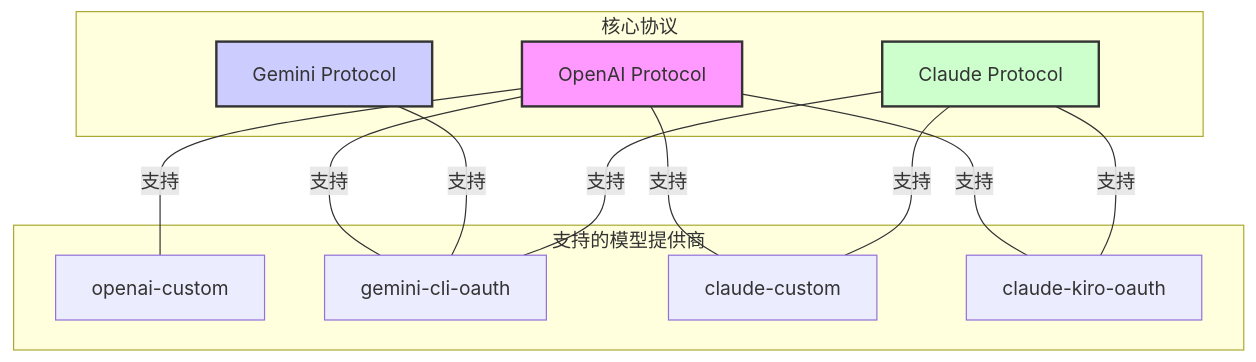
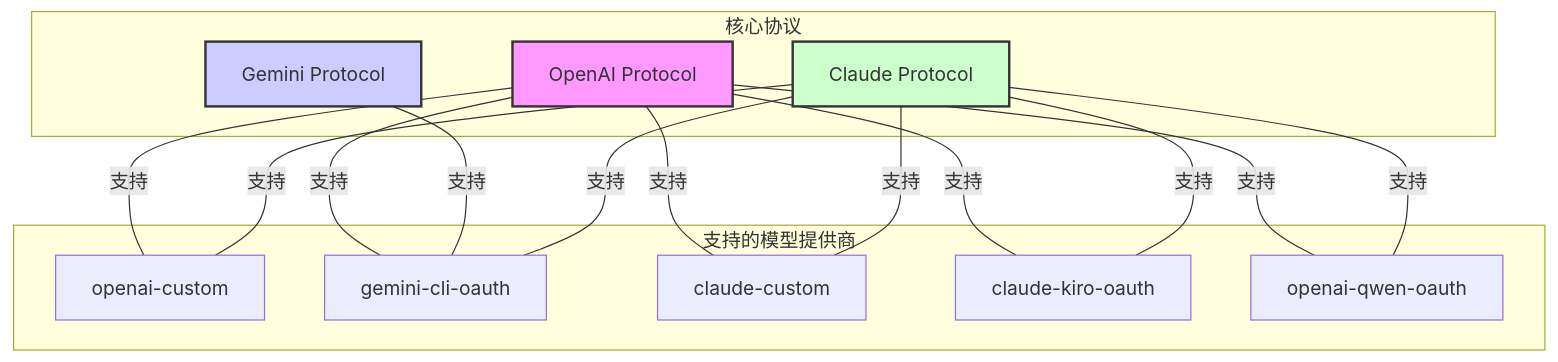
One commit to justlovemaki/AIClient-2-API changed the diagram in README.md. Above: the diagram before and after it, drawn with Mermaid. The commit also changed other lines of this file and 2 other files, not shown here.

First line of the commit message:
feat(qwen): 更新Qwen模型支持及文档

````diff
--- a/README.md
+++ b/README.md
@@ -58,32 +58,36 @@
   ```mermaid
   
    graph TD
        subgraph Core_Protocols["核心协议"]
            P_OPENAI[OpenAI Protocol]
            P_GEMINI[Gemini Protocol]
            P_CLAUDE[Claude Protocol]
        end
    
        subgraph Supported_Model_Providers["支持的模型提供商"]
            MP_OPENAI[openai-custom]
            MP_GEMINI[gemini-cli-oauth]
            MP_CLAUDE_C[claude-custom]
            MP_CLAUDE_K[claude-kiro-oauth]
+           MP_QWEN[openai-qwen-oauth]
        end
    
        P_OPENAI ---|支持| MP_OPENAI
+       P_OPENAI ---|支持| MP_QWEN
        P_OPENAI ---|支持| MP_GEMINI
        P_OPENAI ---|支持| MP_CLAUDE_C
        P_OPENAI ---|支持| MP_CLAUDE_K
    
        P_GEMINI ---|支持| MP_GEMINI
    
        P_CLAUDE ---|支持| MP_CLAUDE_C
        P_CLAUDE ---|支持| MP_CLAUDE_K
        P_CLAUDE ---|支持| MP_GEMINI
+       P_CLAUDE ---|支持| MP_OPENAI
+       P_CLAUDE ---|支持| MP_QWEN
    
        style P_OPENAI fill:#f9f,stroke:#333,stroke-width:2px
        style P_GEMINI fill:#ccf,stroke:#333,stroke-width:2px
        style P_CLAUDE fill:#cfc,stroke:#333,stroke-width:2px
 
   ```
````
